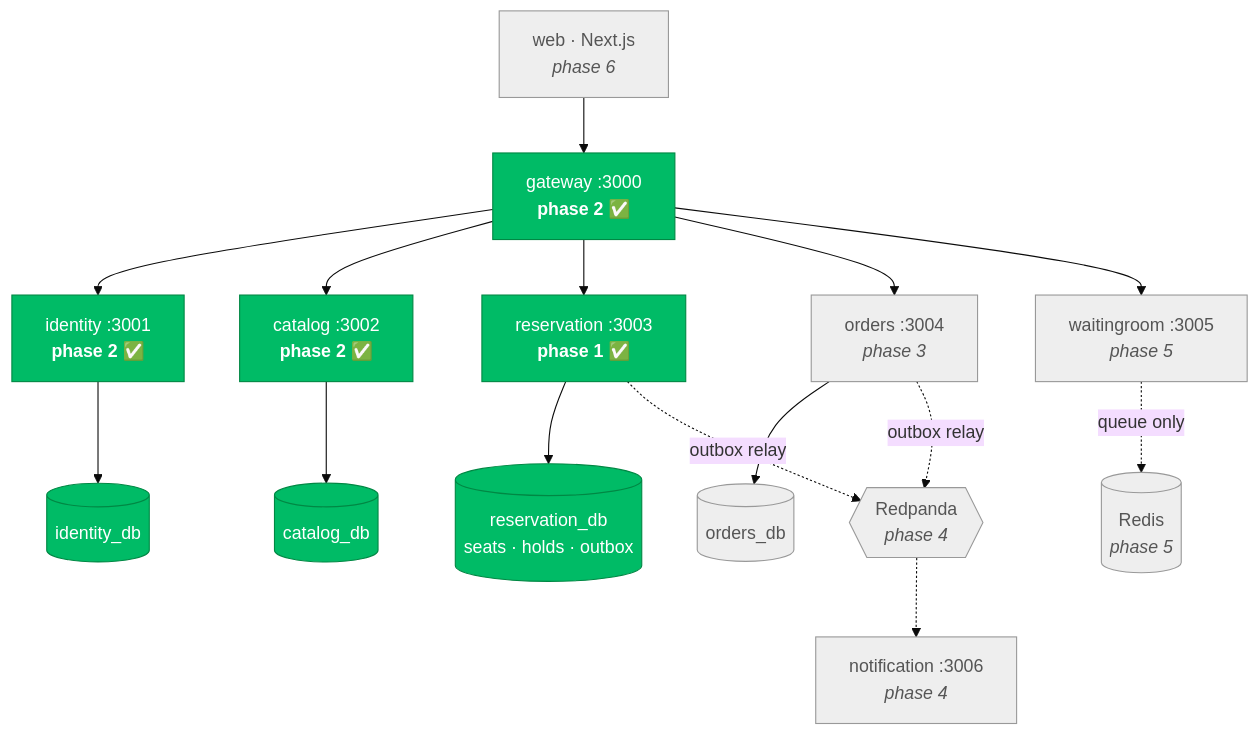
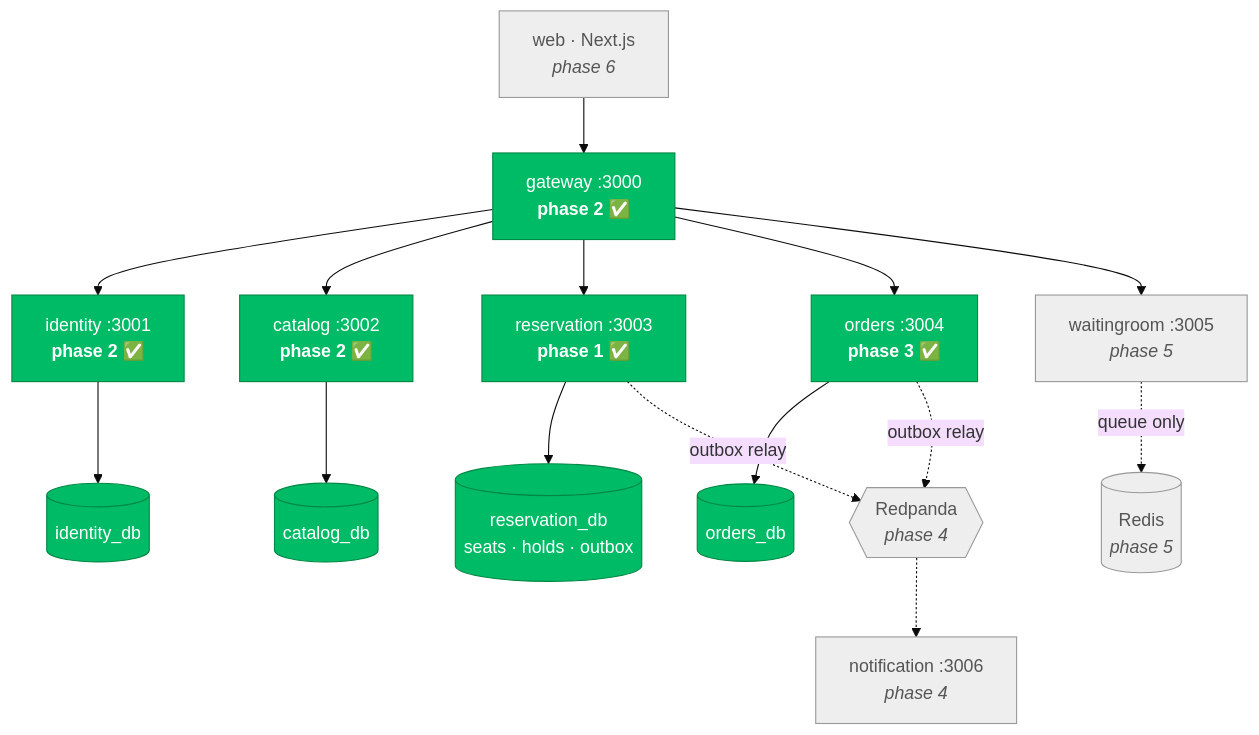
One commit to arpit15006/TicketingSystem changed the diagram in README.md. Above: the diagram before and after it, drawn with Mermaid (base theme). The commit also changed other lines of this file and 38 other files, not shown here.

First line of the commit message:
Phase 3: orders, Razorpay and the compensation path

````diff
--- a/README.md
+++ b/README.md
@@ -171,21 +214,21 @@
 ```mermaid
 graph TD
   web[web · Next.js<br/><i>phase 6</i>] --> gw[gateway :3000<br/><b>phase 2 ✅</b>]
   gw --> id[identity :3001<br/><b>phase 2 ✅</b>]
   gw --> cat[catalog :3002<br/><b>phase 2 ✅</b>]
   gw --> res[reservation :3003<br/><b>phase 1 ✅</b>]
-  gw --> ord[orders :3004<br/><i>phase 3</i>]
+  gw --> ord[orders :3004<br/><b>phase 3 ✅</b>]
   gw --> wr[waitingroom :3005<br/><i>phase 5</i>]
   res --> resdb[(reservation_db<br/>seats · holds · outbox)]
   ord --> orddb[(orders_db)]
   id --> iddb[(identity_db)]
   cat --> catdb[(catalog_db)]
   res -.outbox relay.-> kafka{{Redpanda<br/><i>phase 4</i>}}
   ord -.outbox relay.-> kafka
   kafka -.-> notif[notification :3006<br/><i>phase 4</i>]
   wr -.queue only.-> redis[(Redis<br/><i>phase 5</i>)]
   classDef done fill:#0b6,stroke:#084,color:#fff
   classDef todo fill:#eee,stroke:#999,color:#555
-  class res,gw,id,cat,resdb,iddb,catdb done
-  class web,ord,wr,notif,kafka,redis,orddb todo
+  class res,gw,id,cat,ord,resdb,iddb,catdb,orddb done
+  class web,wr,notif,kafka,redis todo
 ```
````
